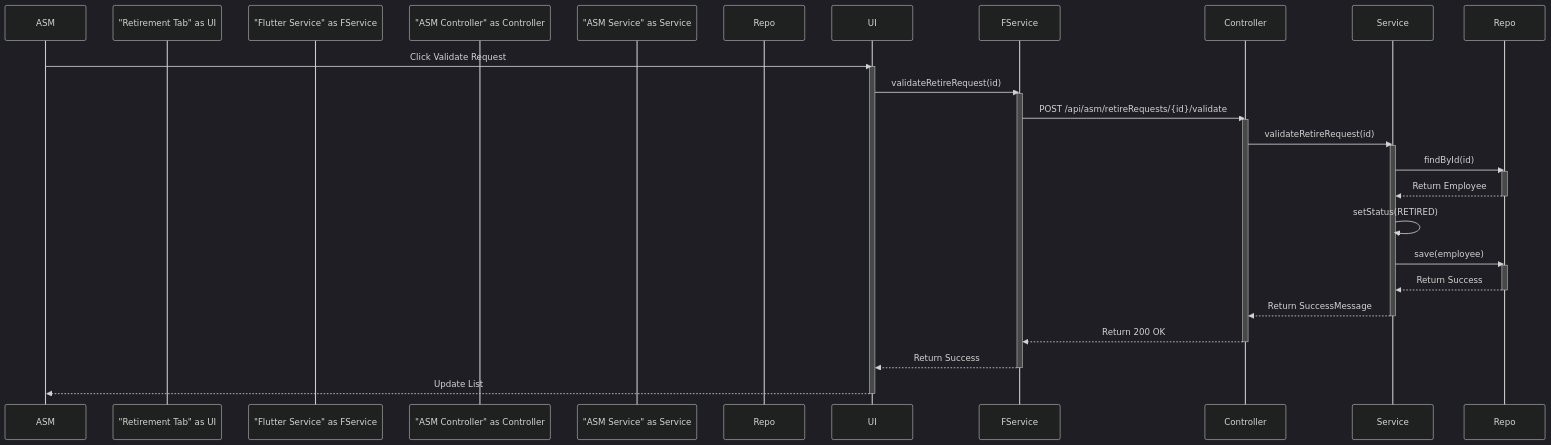
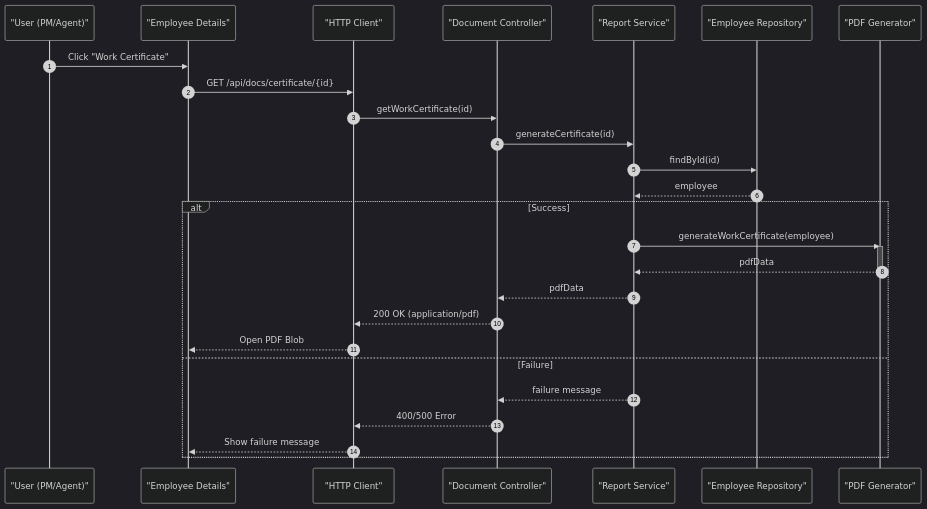
Before and after one commit to AmirtterK/human-resources-management: diagram 13 of 15 in diagrams/04_Chapter2_Modeling.md, drawn with Mermaid (dark theme). The commit also changed other lines of this file and 2 other files, not shown here.

````diff
--- a/diagrams/04_Chapter2_Modeling.md
+++ b/diagrams/04_Chapter2_Modeling.md
@@ -298,40 +538,32 @@
 ```mermaid
 sequenceDiagram
-    participant ASM
-    participant "Retirement Tab" as UI
-    participant "Flutter Service" as FService
-    participant "ASM Controller" as Controller
-    participant "ASM Service" as Service
-    participant "Repository" as Repo
+    autonumber
+    participant User as "User (PM/Agent)"
+    participant UI as "Employee Details"
+    participant HTTP as "HTTP Client"
+    participant Ctrl as "Document Controller"
+    participant Svc as "Report Service"
+    participant Repo as "Employee Repository"
+    participant PDF as "PDF Generator"
 
-    ASM->>UI: Click Validate Request
-    activate UI
-    UI->>FService: validateRetireRequest(id)
-    activate FService
-    
-    FService->>Controller: POST /api/asm/retireRequests/{id}/validate
-    activate Controller
-    Controller->>Service: validateRetireRequest(id)
-    activate Service
-    
-    Service->>Repo: findById(id)
-    activate Repo
-    Repo-->>Service: Return Employee
-    deactivate Repo
-    
-    Service->>Service: setStatus(RETIRED)
-    Service->>Repo: save(employee)
-    activate Repo
-    Repo-->>Service: Return Success
-    deactivate Repo
-    
-    Service-->>Controller: Return SuccessMessage
-    deactivate Service
-    Controller-->>FService: Return 200 OK
-    deactivate Controller
-    
-    FService-->>UI: Return Success
-    deactivate FService
-    UI-->>ASM: Update List
-    deactivate UI
+    User->>UI: Click "Work Certificate"
+    UI->>HTTP: GET /api/docs/certificate/{id}
+    HTTP->>Ctrl: getWorkCertificate(id)
+    Ctrl->>Svc: generateCertificate(id)
+    Svc->>Repo: findById(id)
+    Repo-->>Svc: employee
+
+    alt Success
+        Svc->>PDF: generateWorkCertificate(employee)
+        activate PDF
+        PDF-->>Svc: pdfData
+        deactivate PDF
+        Svc-->>Ctrl: pdfData
+        Ctrl-->>HTTP: 200 OK (application/pdf)
+        HTTP-->>UI: Open PDF Blob
+    else Failure
+        Svc-->>Ctrl: failure message
+        Ctrl-->>HTTP: 400/500 Error
+        HTTP-->>UI: Show failure message
+    end
 ```
````
